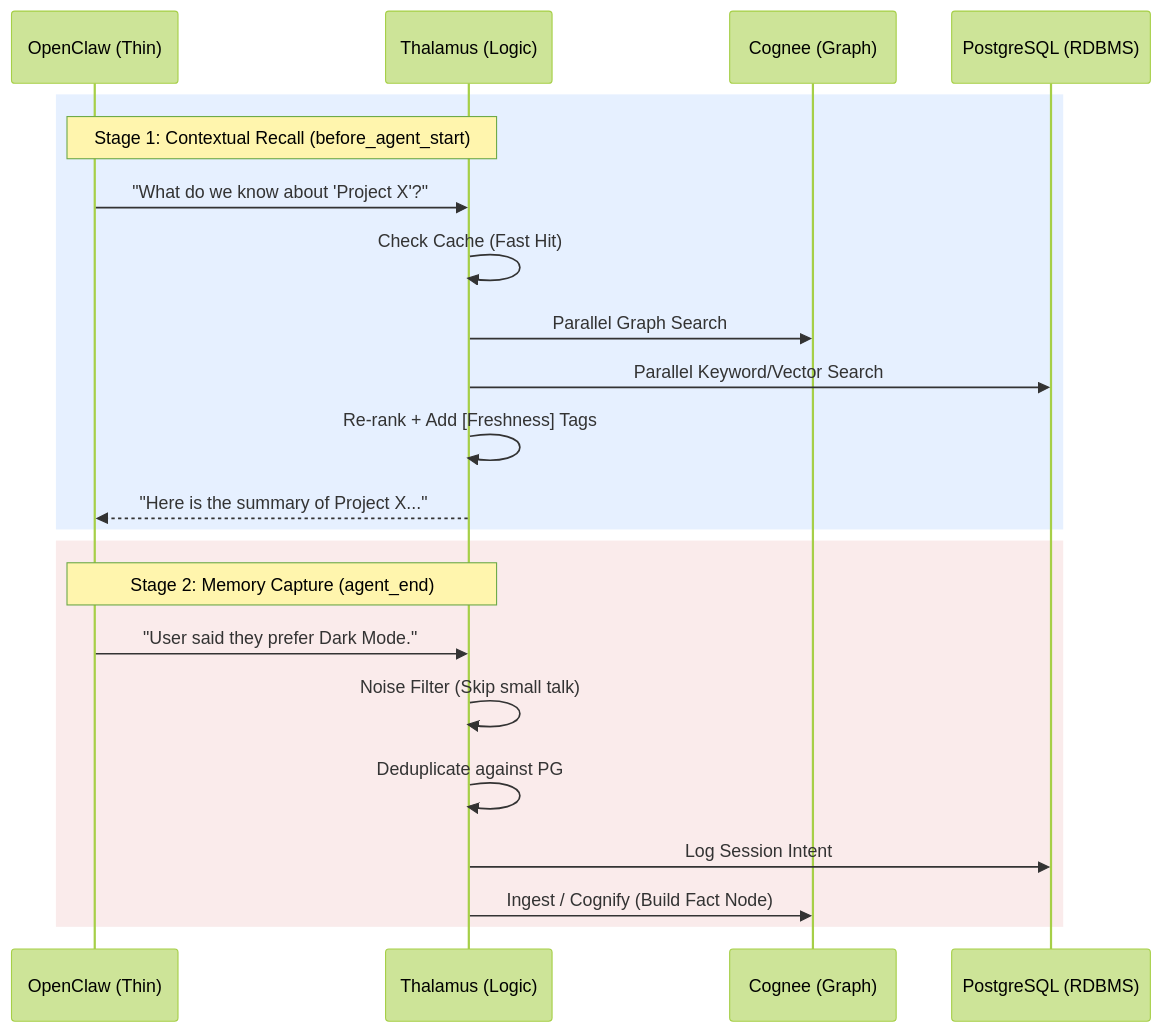
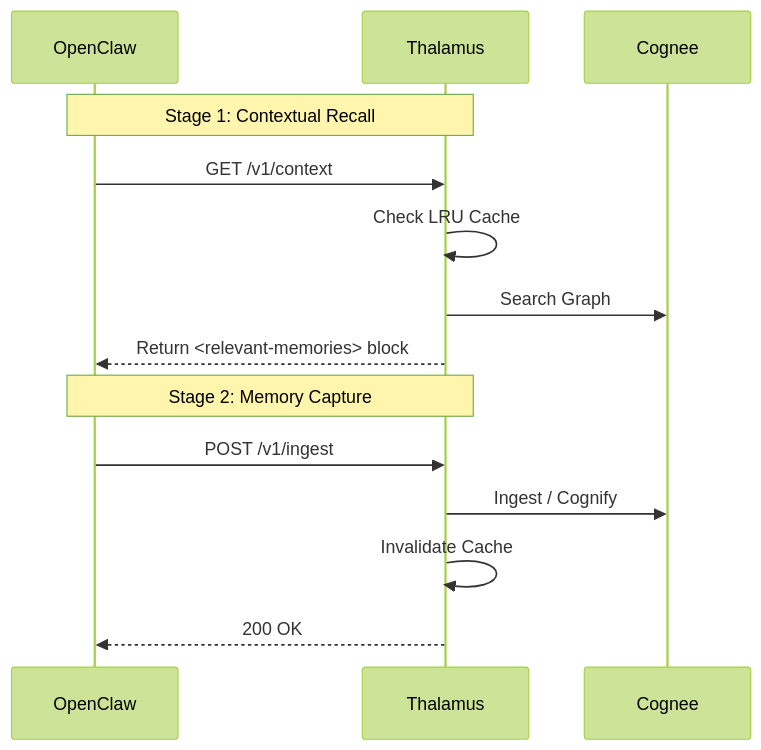
Before and after one commit to JuanHuaXu/thalamus: the third of 3 diagrams in docs/architecture.md, drawn with Mermaid (forest theme). The commit also changed other lines of this file and 3 other files, not shown here.

````diff
--- a/docs/architecture.md
+++ b/docs/architecture.md
@@ -77,26 +76,18 @@
 ```mermaid
 sequenceDiagram
-    participant OC as OpenClaw (Thin)
-    participant MW as Thalamus (Logic)
-    participant CG as Cognee (Graph)
-    participant PG as PostgreSQL (RDBMS)
+    participant OC as OpenClaw
+    participant MW as Thalamus
+    participant CG as Cognee
     
-    rect rgb(230, 240, 255)
-    Note over OC,MW: Stage 1: Contextual Recall (before_agent_start)
-    OC->>MW: "What do we know about 'Project X'?"
-    MW->>MW: Check Cache (Fast Hit)
-    MW->>CG: Parallel Graph Search
-    MW->>PG: Parallel Keyword/Vector Search
-    MW->>MW: Re-rank + Add [Freshness] Tags
-    MW-->>OC: "Here is the summary of Project X..."
-    end
+    Note over OC,MW: Stage 1: Contextual Recall
+    OC->>MW: GET /v1/context
+    MW->>MW: Check LRU Cache
+    MW->>CG: Search Graph
+    MW-->>OC: Return <relevant-memories> block
     
-    rect rgb(250, 235, 235)
-    Note over OC,MW: Stage 2: Memory Capture (agent_end)
-    OC->>MW: "User said they prefer Dark Mode."
-    MW->>MW: Noise Filter (Skip small talk)
-    MW->>MW: Deduplicate against PG
-    MW->>PG: Log Session Intent
-    MW->>CG: Ingest / Cognify (Build Fact Node)
-    end
+    Note over OC,MW: Stage 2: Memory Capture
+    OC->>MW: POST /v1/ingest
+    MW->>CG: Ingest / Cognify
+    MW->>MW: Invalidate Cache
+    MW-->>OC: 200 OK
 ```
````
